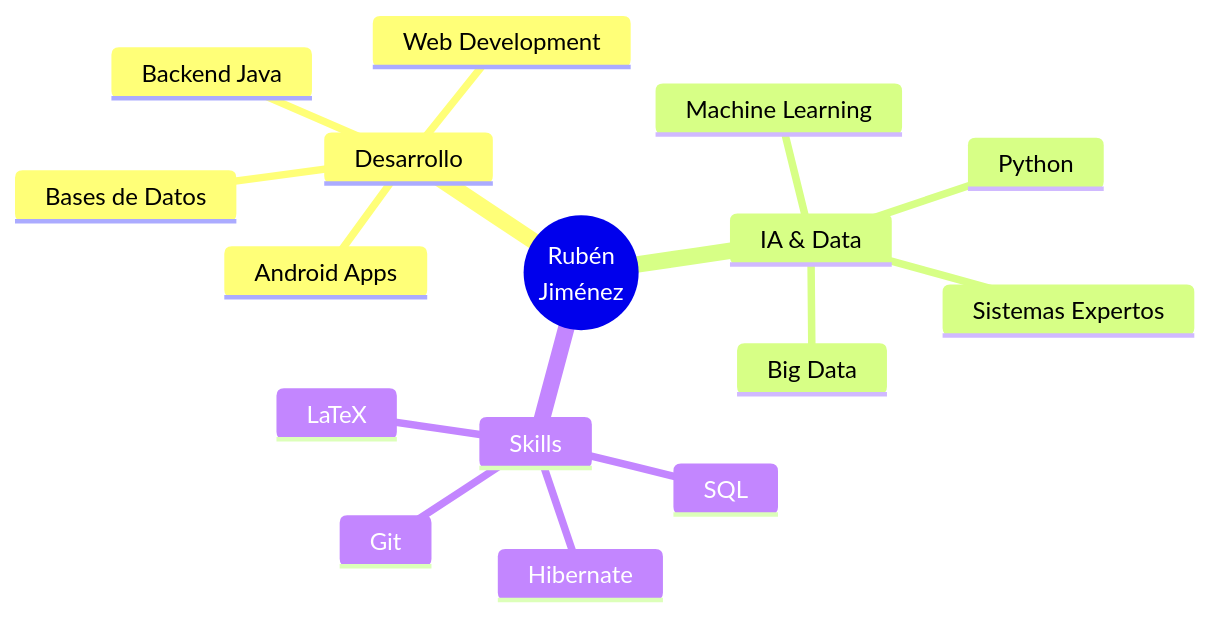
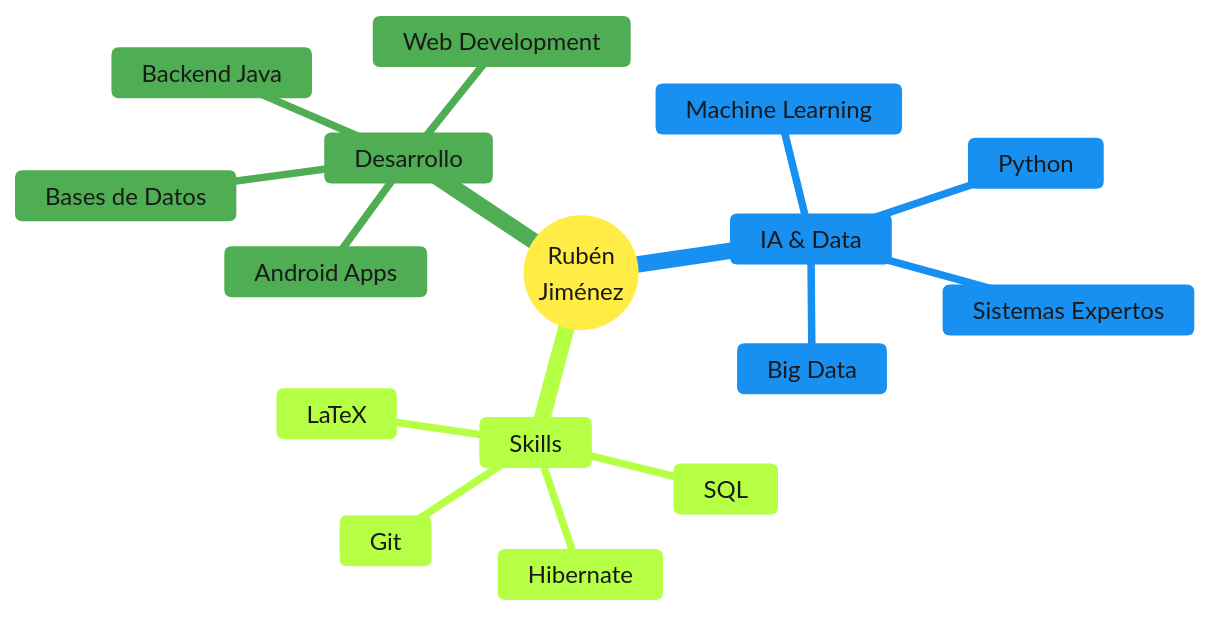
One commit to RJL08/RJL08 changed the diagram in README.md. Above: the diagram before and after it, drawn with Mermaid.

Commit message:
Enhance README with specialization areas and fixes
Updated the README to include additional specialization areas and fixed HTML tags.

````diff
--- a/README.md
+++ b/README.md
@@ -157,19 +157,27 @@
 ```mermaid
+%%{init: {'theme':'base', 'themeVariables': { 
+  'primaryColor':'#fff9c4',
+  'primaryTextColor':'#1a1a1a',
+  'primaryBorderColor':'#f57f17',
+  'lineColor':'#42a5f5',
+  'secondaryColor':'#a5d6a7',
+  'tertiaryColor':'#90caf9'
+}}}%%
 mindmap
   root((Rubén<br/>Jiménez))
     Desarrollo
       Backend Java
       Android Apps
       Web Development
       Bases de Datos
     IA & Data
       Python
       Machine Learning
       Sistemas Expertos
       Big Data
     Skills
       Hibernate
       SQL
       Git
       LaTeX
 ```
````
